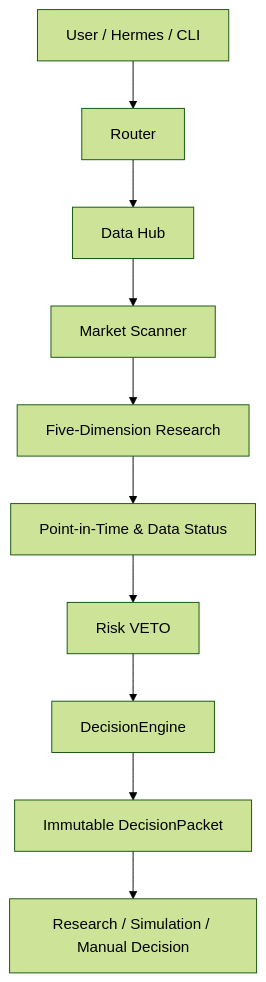
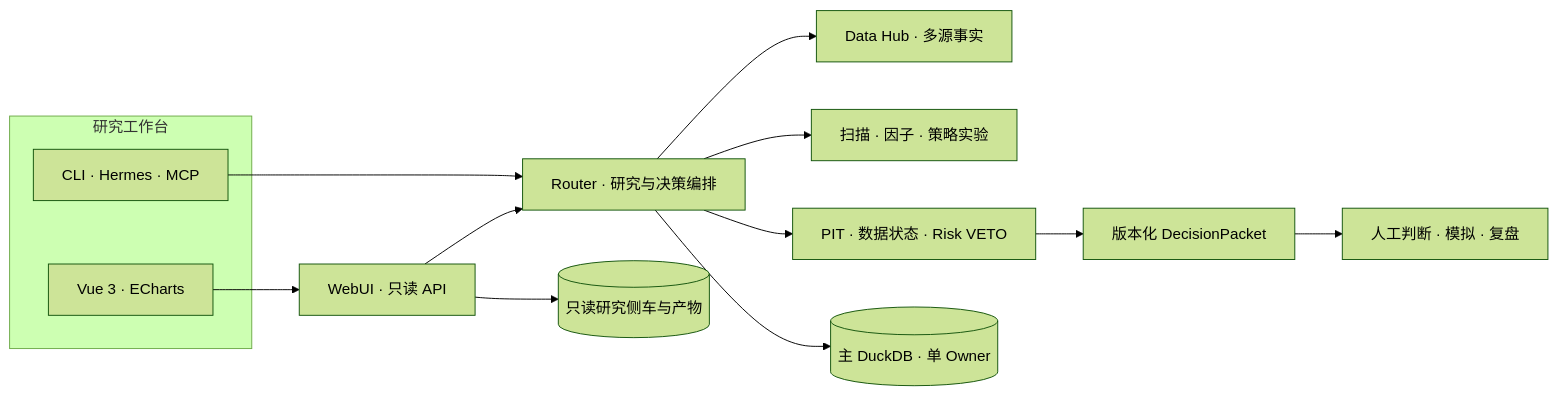
Before and after one commit to Shixi216/aiquant-lite: the diagram in README.md, drawn with Mermaid (forest theme). The commit also changed other lines of this file and 419 other files, not shown here.

First line of the commit message:
feat: publish AI-native A-share research workspace

````diff
--- a/README.md
+++ b/README.md
@@ -57,12 +83,17 @@
 ```mermaid
-flowchart TD
-    U["User / Hermes / CLI"] --> R["Router"]
-    R --> D["Data Hub"]
-    D --> S["Market Scanner"]
-    S --> F["Five-Dimension Research"]
-    F --> P["Point-in-Time & Data Status"]
-    P --> V["Risk VETO"]
-    V --> E["DecisionEngine"]
-    E --> K["Immutable DecisionPacket"]
-    K --> O["Research / Simulation / Manual Decision"]
+flowchart LR
+    subgraph Workspace["研究工作台"]
+        WEB["Vue 3 · ECharts"]
+        CLI["CLI · Hermes · MCP"]
+    end
+    WEB --> UI["WebUI · 只读 API"]
+    UI --> R["Router · 研究与决策编排"]
+    CLI --> R
+    R --> DATA["Data Hub · 多源事实"]
+    R --> FACTOR["扫描 · 因子 · 策略实验"]
+    R --> RISK["PIT · 数据状态 · Risk VETO"]
+    RISK --> PACKET["版本化 DecisionPacket"]
+    R --> DB[("主 DuckDB · 单 Owner")]
+    UI --> SIDECAR[("只读研究侧车与产物")]
+    PACKET --> REVIEW["人工判断 · 模拟 · 复盘"]
 ```
````
